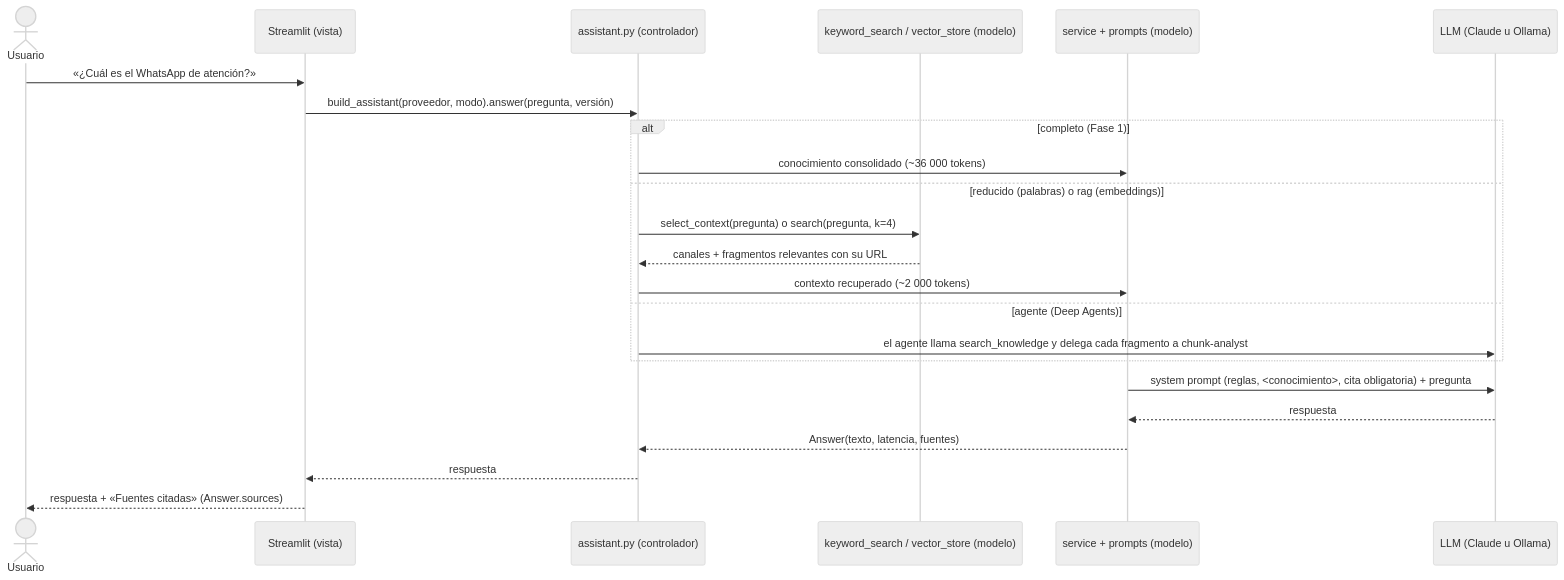
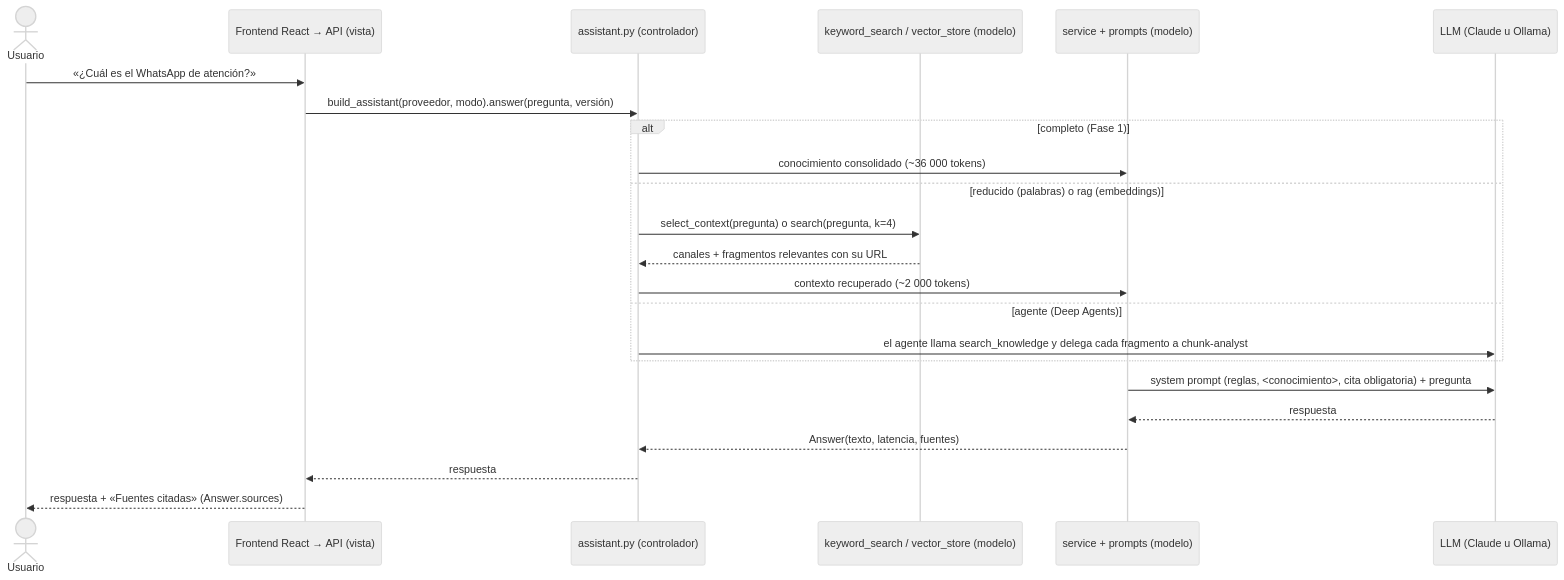
Before and after one commit to anakmedina08/advanced-ai-lab: the second of 2 diagrams in README.md, drawn with Mermaid (neutral theme). The commit also changed other lines of this file and 46 other files, not shown here.

Commit message:
refactor(frontend)!: retirar Streamlit del proyecto

````diff
--- a/README.md
+++ b/README.md
@@ -162,25 +154,25 @@
 ```mermaid
 sequenceDiagram
     actor U as Usuario
-    participant UI as Streamlit (vista)
+    participant UI as Frontend React → API (vista)
     participant A as assistant.py (controlador)
     participant R as keyword_search / vector_store (modelo)
     participant S as service + prompts (modelo)
     participant L as LLM (Claude u Ollama)
     U->>UI: «¿Cuál es el WhatsApp de atención?»
     UI->>A: build_assistant(proveedor, modo).answer(pregunta, versión)
     alt completo (Fase 1)
         A->>S: conocimiento consolidado (~36 000 tokens)
     else reducido (palabras) o rag (embeddings)
         A->>R: select_context(pregunta) o search(pregunta, k=4)
         R-->>A: canales + fragmentos relevantes con su URL
         A->>S: contexto recuperado (~2 000 tokens)
     else agente (Deep Agents)
         A->>L: el agente llama search_knowledge y delega cada fragmento a chunk-analyst
     end
     S->>L: system prompt (reglas, <conocimiento>, cita obligatoria) + pregunta
     L-->>S: respuesta
     S-->>A: Answer(texto, latencia, fuentes)
     A-->>UI: respuesta
     UI-->>U: respuesta + «Fuentes citadas» (Answer.sources)
 ```
````
